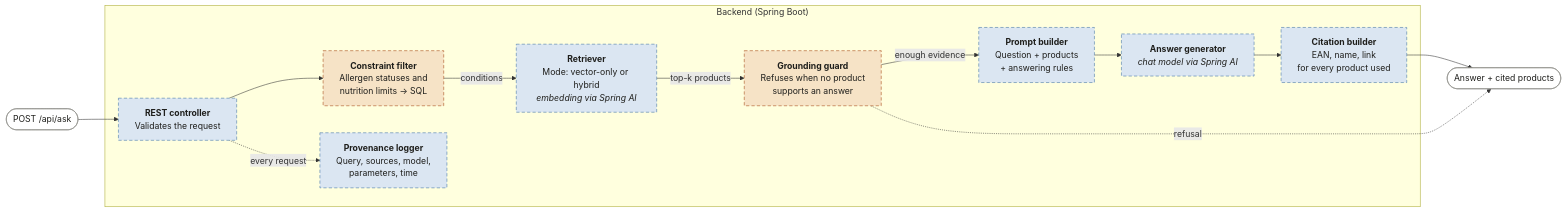
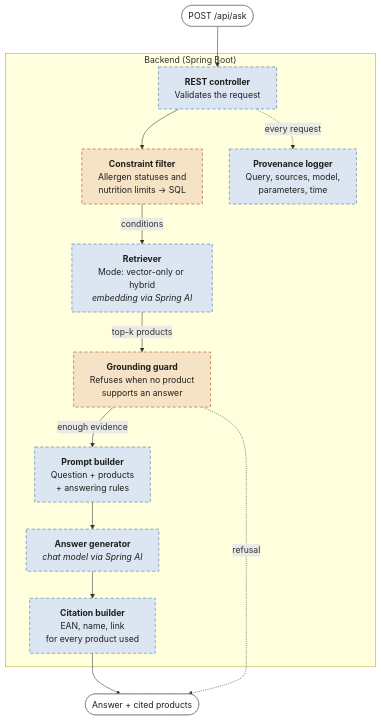
Before and after one commit to vmtoriia/rag-system: the third of 4 diagrams in docs/ARCHITECTURE.md, drawn with Mermaid. The commit also changed other lines of this file, not shown here.

````diff
--- a/docs/ARCHITECTURE.md
+++ b/docs/ARCHITECTURE.md
@@ -101,34 +101,34 @@
 ```mermaid
-flowchart LR
+flowchart TB
     request(["POST /api/ask"])
     response(["Answer + cited products"])
 
     subgraph backend ["Backend (Spring Boot)"]
         controller["<b>REST controller</b><br/>Validates the request"]
         filters["<b>Constraint filter</b><br/>Allergen statuses and<br/>nutrition limits → SQL"]
         retriever["<b>Retriever</b><br/>Mode: vector-only or hybrid<br/><i>embedding via Spring AI</i>"]
         guard["<b>Grounding guard</b><br/>Refuses when no product<br/>supports an answer"]
         prompt["<b>Prompt builder</b><br/>Question + products<br/>+ answering rules"]
         generator["<b>Answer generator</b><br/><i>chat model via Spring AI</i>"]
         citations["<b>Citation builder</b><br/>EAN, name, link<br/>for every product used"]
         log["<b>Provenance logger</b><br/>Query, sources, model,<br/>parameters, time"]
     end
 
     request --> controller
     controller --> filters
     filters -- "conditions" --> retriever
     retriever -- "top-k products" --> guard
     guard -- "enough evidence" --> prompt
     prompt --> generator
     generator --> citations
     citations --> response
     guard -. "refusal" .-> response
     controller -. "every request" .-> log
 
     classDef planned fill:#dbe6f2,stroke:#3b6ea5,color:#1f1f1c,stroke-dasharray:6 4
     classDef safety fill:#f6e3c6,stroke:#a3440f,color:#1f1f1c,stroke-dasharray:6 4
     classDef io fill:#ffffff,stroke:#8a8a85,color:#1f1f1c
     class controller,retriever,prompt,generator,citations,log planned
     class filters,guard safety
     class request,response io
 ```
````
